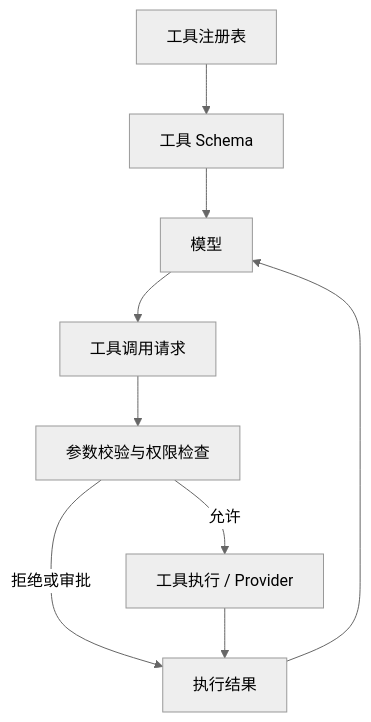
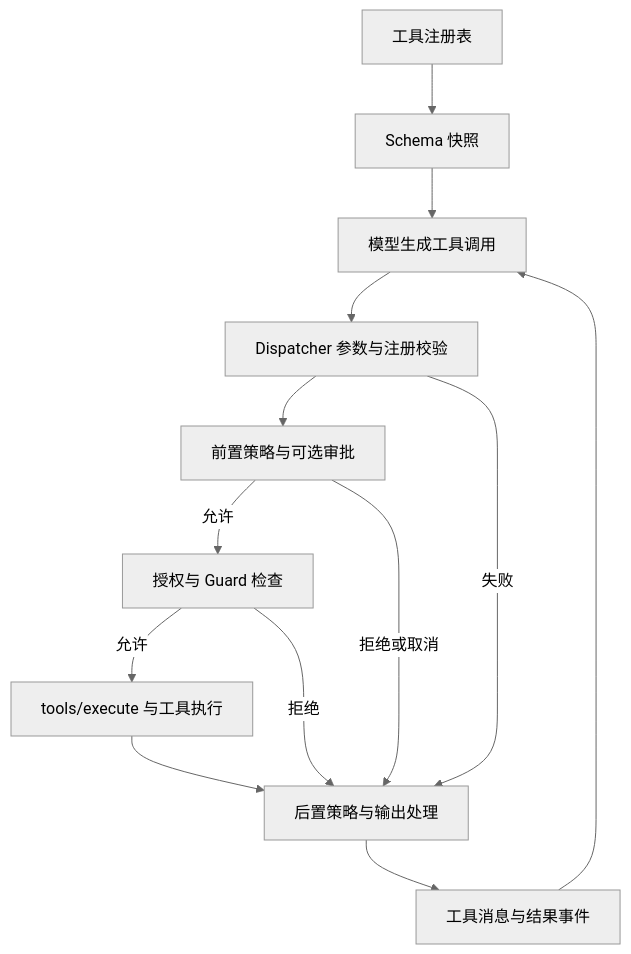
Before and after one commit to Norway-Norge/SA: the second of 2 diagrams in README.md, drawn with Mermaid (neutral theme). The commit also changed other lines of this file, not shown here.

Commit message:
Correct architecture documentation

````diff
--- a/README.md
+++ b/README.md
@@ -64,11 +65,15 @@
 ```mermaid
 flowchart TD
-    Registry[工具注册表] --> Schema[工具 Schema]
-    Schema --> Model[模型]
-    Model --> Call[工具调用请求]
-    Call --> Check[参数校验与权限检查]
-    Check -->|允许| Execute[工具执行 / Provider]
-    Check -->|拒绝或审批| Result[执行结果]
-    Execute --> Result
+    Registry[工具注册表] --> Schema[Schema 快照]
+    Schema --> Model[模型生成工具调用]
+    Model --> Validate[Dispatcher 参数与注册校验]
+    Validate --> Pre[前置策略与可选审批]
+    Pre -->|允许| Guard[授权与 Guard 检查]
+    Guard -->|允许| Execute[tools/execute 与工具执行]
+    Execute --> Post[后置策略与输出处理]
+    Validate -->|失败| Post
+    Pre -->|拒绝或取消| Post
+    Guard -->|拒绝| Post
+    Post --> Result[工具消息与结果事件]
     Result --> Model
 ```
````
